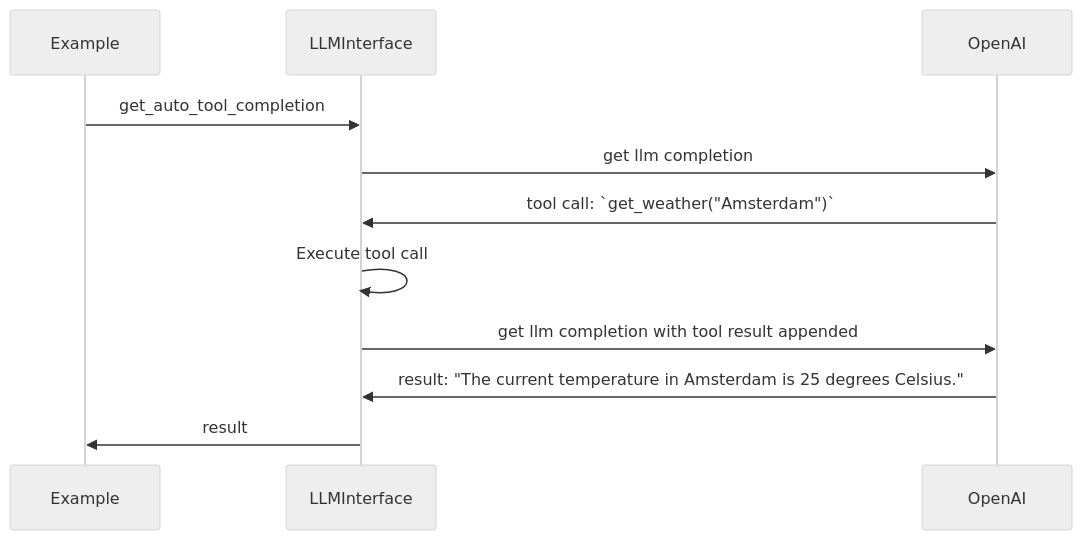
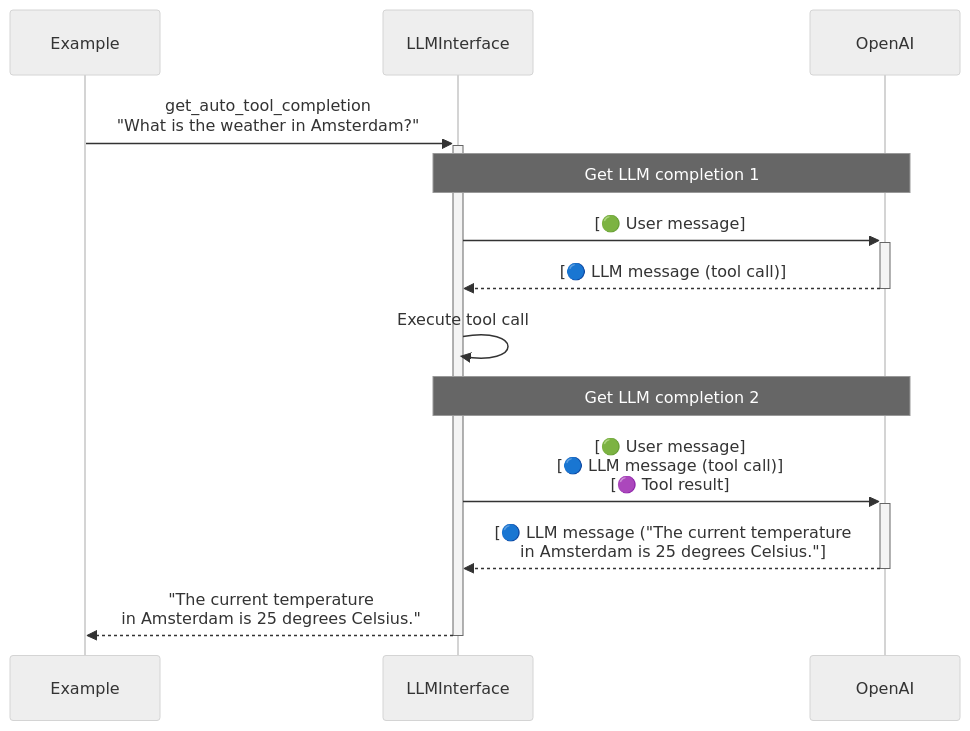
One commit to willemdebeijer/LLM-Interface changed the diagram in README.md. Above: the diagram before and after it, drawn with Mermaid (neutral theme).

Commit message:
Improve diagram

````diff
--- a/README.md
+++ b/README.md
@@ -81,17 +81,20 @@
 ```mermaid
 sequenceDiagram
     participant Example
     participant LLMInterface as LLMInterface
     participant OpenAI as OpenAI
 
-    Example->>LLMInterface: get_auto_tool_completion
-    LLMInterface->>OpenAI: get llm completion
-    OpenAI->>LLMInterface: tool call: `get_weather("Amsterdam")`
+    Example->>+LLMInterface: get_auto_tool_completion<br />"What is the weather in Amsterdam?"
+
+    Note over LLMInterface,OpenAI: Get LLM completion 1
+    LLMInterface->>+OpenAI: [🟢 User message]
+    OpenAI-->>-LLMInterface: [🔵 LLM message (tool call)]
 
     LLMInterface->>LLMInterface: Execute tool call
 
-    LLMInterface->>OpenAI: get llm completion with tool result appended
-    OpenAI->>LLMInterface: result: "The current temperature in Amsterdam is 25 degrees Celsius."
+    Note over LLMInterface,OpenAI: Get LLM completion 2
+    LLMInterface->>+OpenAI: [🟢 User message]<br />[🔵 LLM message (tool call)]<br />[🟣 Tool result]
+    OpenAI-->>-LLMInterface: [🔵 LLM message ("The current temperature <br />in Amsterdam is 25 degrees Celsius."]
 
-    LLMInterface->>Example: result
+    LLMInterface-->>-Example: "The current temperature <br />in Amsterdam is 25 degrees Celsius."
 ```
````
